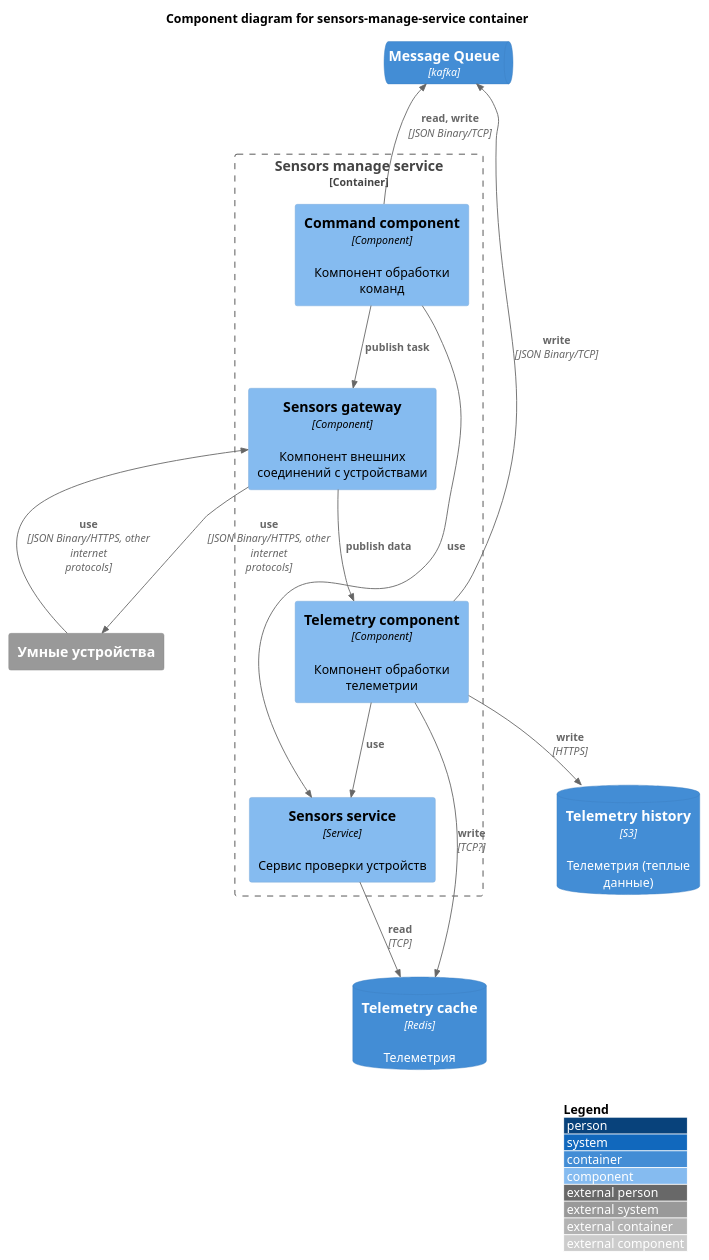
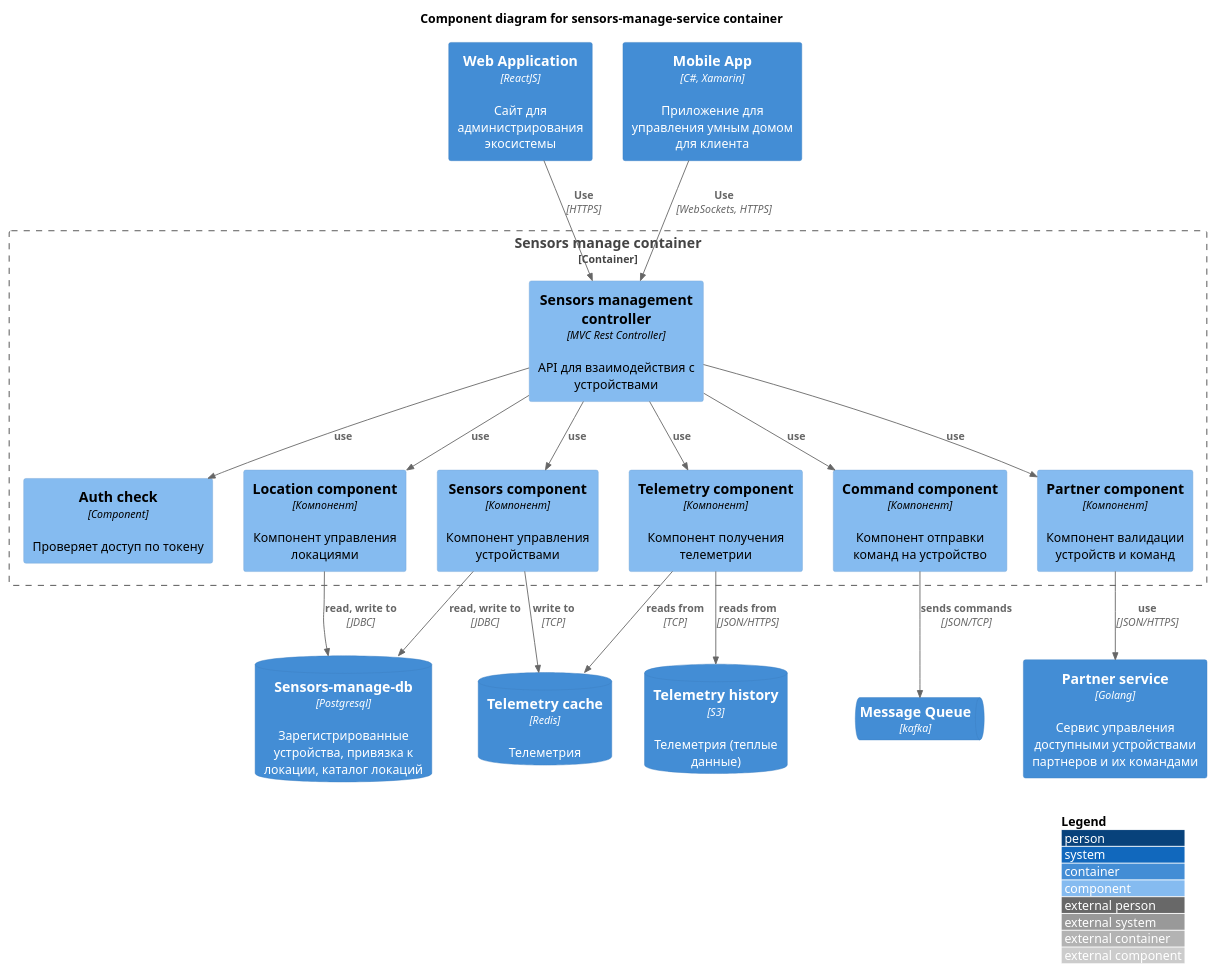
One commit to annmozer116/warmhouse-golang changed the diagram in schemas/component/Smarthome-component-sensors-manage.puml. Above: the diagram before and after it, drawn with PlantUML. The commit also changed 3 other files, not shown here.

Commit message:
Update Component diagram 3 and fix d1, d2, d0

```diff
--- a/schemas/component/Smarthome-component-sensors-manage.puml
+++ b/schemas/component/Smarthome-component-sensors-manage.puml
@@ -1,39 +1,52 @@
-@startuml Smarthome-component-sensors-manage
+@startuml Smarthome-component-sensors-manage 
 !include https://raw.githubusercontent.com/plantuml-stdlib/C4-PlantUML/master/C4_Component.puml
 ' uncomment the following line and comment the first to use locally
 ' !include C4_Component.puml
+
 LAYOUT_WITH_LEGEND()
-LAYOUT_TOP_DOWN()
 
 title Component diagram for sensors-manage-service container
 
+Container(admin_web_app, "Web Application", "ReactJS", "Сайт для администрирования экосистемы")
+Container(mobile_app, "Mobile App", "C#, Xamarin", "Приложение для управления умным домом для клиента")
+
+Container(partner_service, "Partner service", "Golang", "Сервис управления доступными устройствами партнеров и их командами")
+ContainerDb(sensors_manage_service_db, "Sensors-manage-db", "Postgresql", "Зарегистрированные устройства, привязка к локации, каталог локаций")
 ContainerDb(telemetry_cache, "Telemetry cache", "Redis", "Телеметрия")
 ContainerDb(telemetry_history, "Telemetry history", "S3", "Телеметрия (теплые данные)")
 
-System_Ext(sensor, "Умные устройства")
-
 ContainerQueue(smarthome_mq, "Message Queue", "kafka")
 
-Container_Boundary(sensors_gw_service, "Sensors manage service") {
-    Component(sensors_gw,"Sensors gateway", "Component", "Компонент внешних соединений с устройствами")
-    Component(sensors_service,"Sensors service", "Service", "Сервис проверки устройств")
-    Component(telemetry_service,"Telemetry component", "Component", "Компонент обработки телеметрии")
-    Component(command_service,"Command component", "Component", "Компонент обработки команд")
+Container_Boundary(sensors_manage_service, "Sensors manage container") {
+    Component(auth_check, "Auth check","Component", "Проверяет доступ по токену")
+    Component(sensors_controller, "Sensors management controller", "MVC Rest Controller", "API для взаимодействия с устройствами")
+
+    Component(sensors_service, "Sensors component", "Компонент", "Компонент управления устройствами")
+    Component(location_service, "Location component", "Компонент", "Компонент управления локациями")
+    Component(telemetry_service, "Telemetry component", "Компонент", "Компонент получения телеметрии")
+    Component(command_service, "Command component", "Компонент", "Компонент отправки команд на устройство")
+    Component(partner_component, "Partner component", "Компонент", "Компонент валидации устройств и команд")
+
 }
-Rel_U(command_service, smarthome_mq, "read, write", "JSON Binary/TCP")
+Rel(mobile_app, sensors_controller, "Use", "WebSockets, HTTPS")
+Rel(admin_web_app, sensors_controller, "Use", "HTTPS")
 
-Rel(command_service, sensors_gw, "publish task")
-Rel(sensors_gw, telemetry_service, "publish data")
-Rel(command_service, sensors_service, "use")
 
-Rel(telemetry_service, sensors_service, "use")
-Rel_U(telemetry_service, smarthome_mq, "write", "JSON Binary/TCP")
-Rel(telemetry_service, telemetry_cache, "write", "TCP?")
-Rel(telemetry_service, telemetry_history, "write", "HTTPS")
+Rel(sensors_controller, sensors_service, "use")
+Rel(sensors_controller, location_service, "use")
+Rel(sensors_controller, telemetry_service, "use")
+Rel(sensors_controller, command_service, "use")
+Rel(sensors_controller, auth_check, "use")
+Rel(sensors_controller, partner_component, "use")
 
-Rel(sensors_service, telemetry_cache, "read", "TCP")
+Rel(partner_component, partner_service, "use", "JSON/HTTPS")
 
-Rel_U(sensor, sensors_gw, "use", "JSON Binary/HTTPS, other internet protocols")
-Rel_D(sensors_gw, sensor, "use", "JSON Binary/HTTPS, other internet protocols")
+Rel(sensors_service, sensors_manage_service_db, "read, write to", "JDBC")
+Rel(sensors_service, telemetry_cache, "write to", "TCP")
+
+Rel(location_service, sensors_manage_service_db, "read, write to", "JDBC")
+Rel(telemetry_service, telemetry_cache, "reads from", "TCP")
+Rel(telemetry_service, telemetry_history, "reads from", "JSON/HTTPS")
+Rel(command_service, smarthome_mq, "sends commands", "JSON/TCP")
 
 @enduml
```
